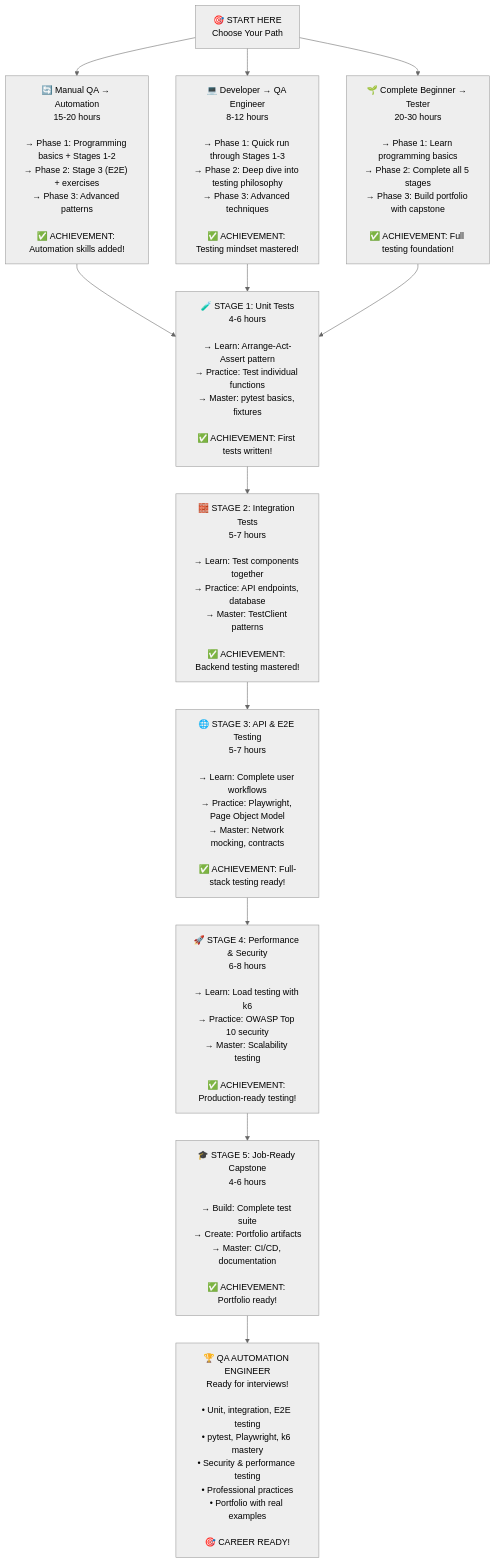
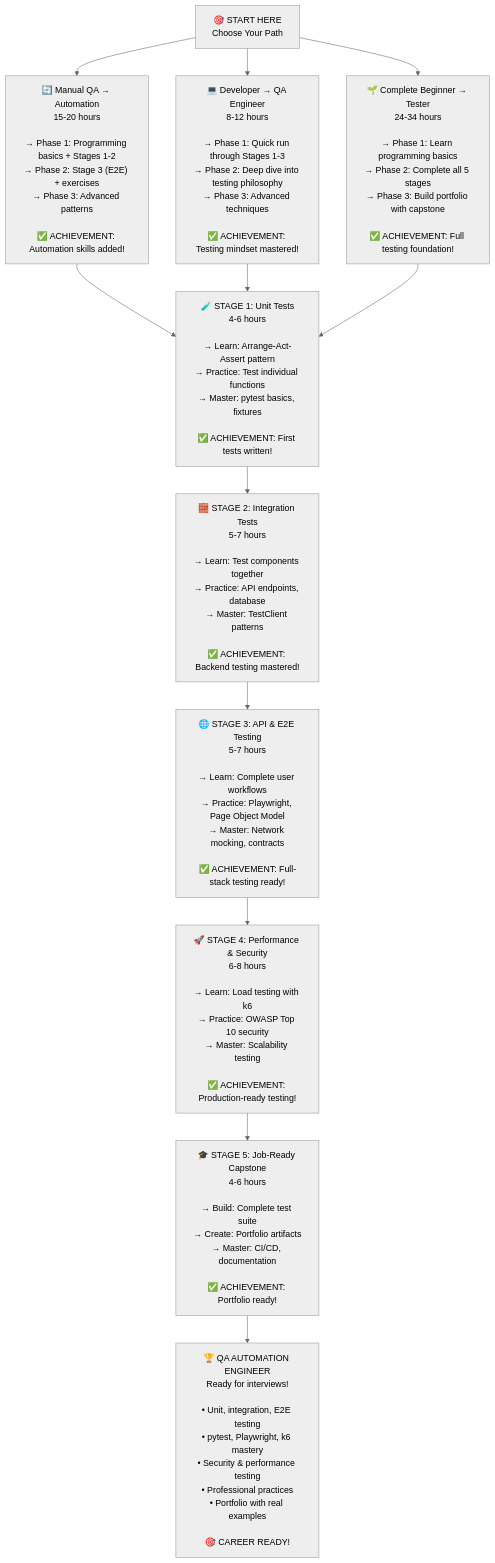
The first of 2 diagrams in learn/README.md (upt3mpo/testbook), drawn with Mermaid (neutral theme) before and after one commit. The commit also changed other lines of this file and 228 other files, not shown here.

````diff
--- a/learn/README.md
+++ b/learn/README.md
@@ -81,21 +124,21 @@
 ```mermaid
 flowchart TD
     A["🎯 START HERE<br/>Choose Your Path"]
     A --> B["🔄 Manual QA → Automation<br/>15-20 hours<br/><br/>→ Phase 1: Programming basics + Stages 1-2<br/>→ Phase 2: Stage 3 (E2E) + exercises<br/>→ Phase 3: Advanced patterns<br/><br/>✅ ACHIEVEMENT: Automation skills added!"]
     A --> C["💻 Developer → QA Engineer<br/>8-12 hours<br/><br/>→ Phase 1: Quick run through Stages 1-3<br/>→ Phase 2: Deep dive into testing philosophy<br/>→ Phase 3: Advanced techniques<br/><br/>✅ ACHIEVEMENT: Testing mindset mastered!"]
-    A --> D["🌱 Complete Beginner → Tester<br/>20-30 hours<br/><br/>→ Phase 1: Learn programming basics<br/>→ Phase 2: Complete all 5 stages<br/>→ Phase 3: Build portfolio with capstone<br/><br/>✅ ACHIEVEMENT: Full testing foundation!"]
+    A --> D["🌱 Complete Beginner → Tester<br/>24-34 hours<br/><br/>→ Phase 1: Learn programming basics<br/>→ Phase 2: Complete all 5 stages<br/>→ Phase 3: Build portfolio with capstone<br/><br/>✅ ACHIEVEMENT: Full testing foundation!"]
 
     B --> E["🧪 STAGE 1: Unit Tests<br/>4-6 hours<br/><br/>→ Learn: Arrange-Act-Assert pattern<br/>→ Practice: Test individual functions<br/>→ Master: pytest basics, fixtures<br/><br/>✅ ACHIEVEMENT: First tests written!"]
     C --> E
     D --> E
 
     E --> F["🧱 STAGE 2: Integration Tests<br/>5-7 hours<br/><br/>→ Learn: Test components together<br/>→ Practice: API endpoints, database<br/>→ Master: TestClient patterns<br/><br/>✅ ACHIEVEMENT: Backend testing mastered!"]
 
     F --> G["🌐 STAGE 3: API & E2E Testing<br/>5-7 hours<br/><br/>→ Learn: Complete user workflows<br/>→ Practice: Playwright, Page Object Model<br/>→ Master: Network mocking, contracts<br/><br/>✅ ACHIEVEMENT: Full-stack testing ready!"]
 
     G --> H["🚀 STAGE 4: Performance & Security<br/>6-8 hours<br/><br/>→ Learn: Load testing with k6<br/>→ Practice: OWASP Top 10 security<br/>→ Master: Scalability testing<br/><br/>✅ ACHIEVEMENT: Production-ready testing!"]
 
     H --> I["🎓 STAGE 5: Job-Ready Capstone<br/>4-6 hours<br/><br/>→ Build: Complete test suite<br/>→ Create: Portfolio artifacts<br/>→ Master: CI/CD, documentation<br/><br/>✅ ACHIEVEMENT: Portfolio ready!"]
 
     I --> J["🏆 QA AUTOMATION ENGINEER<br/>Ready for interviews!<br/><br/>• Unit, integration, E2E testing<br/>• pytest, Playwright, k6 mastery<br/>• Security & performance testing<br/>• Professional practices<br/>• Portfolio with real examples<br/><br/>🎯 CAREER READY!"]
 ```
````
